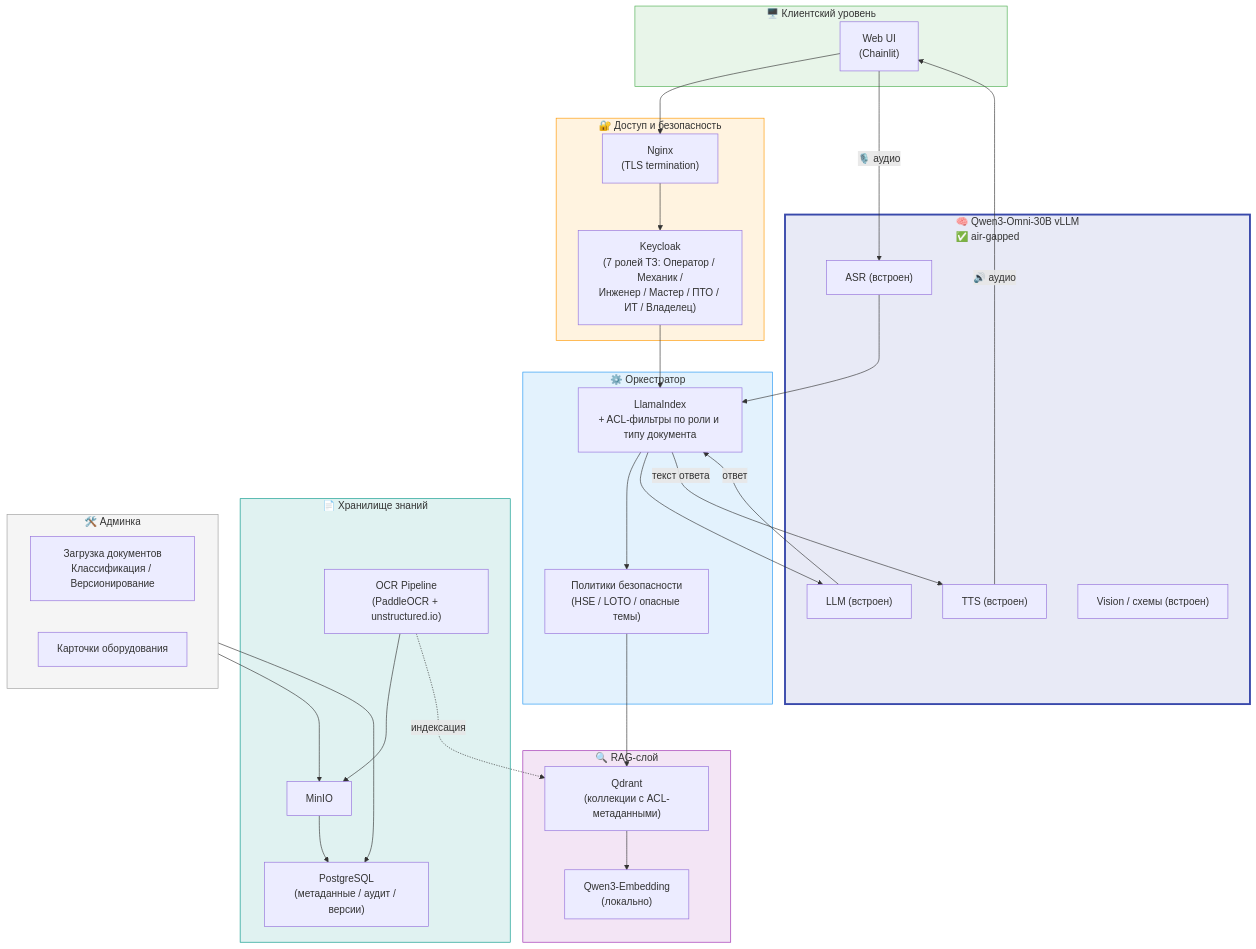
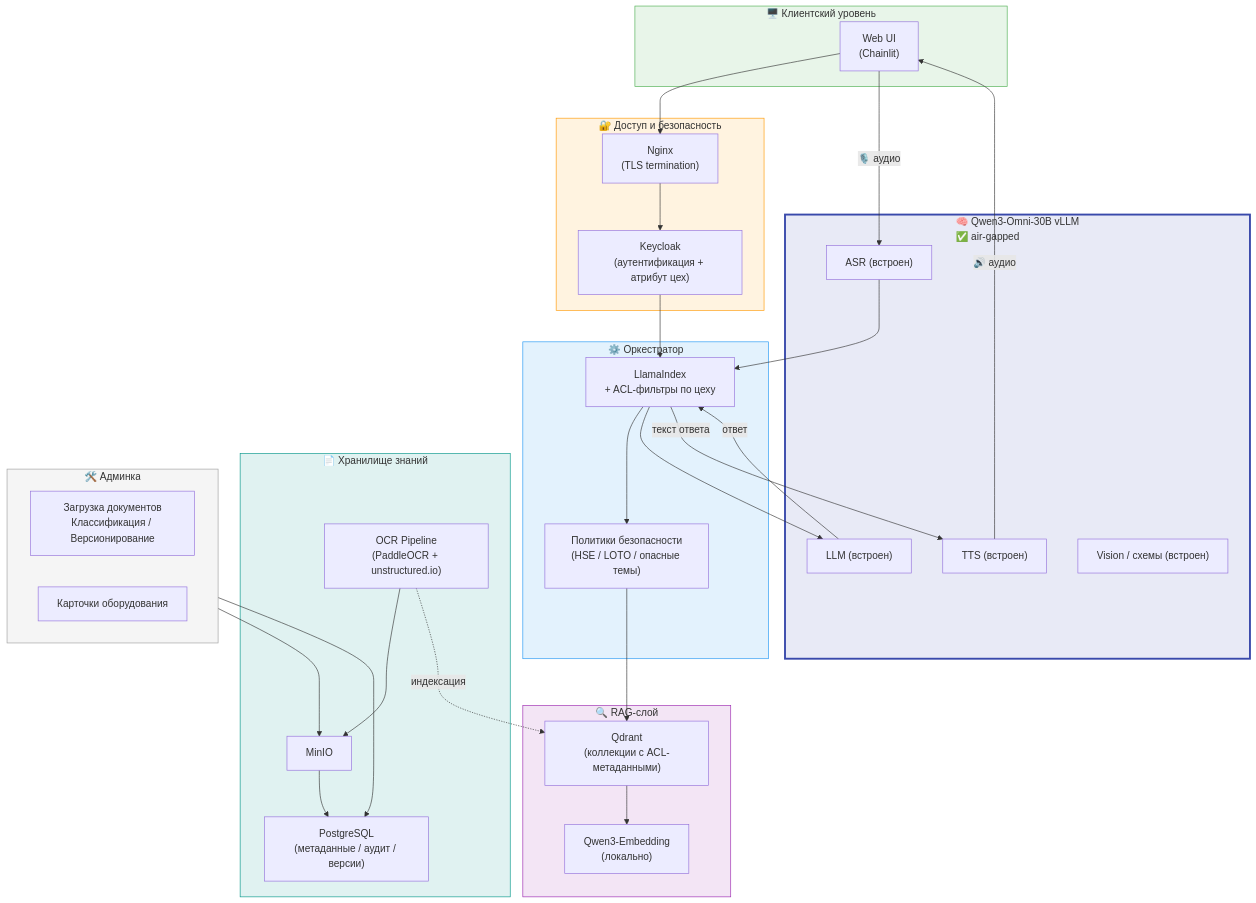
One commit to anatolyshipitsyn/gaz changed the fifth of 10 diagrams in review.md. Above: the diagram before and after it, drawn with Mermaid. The commit also changed other lines of this file, not shown here.

````diff
--- a/review.md
+++ b/review.md
@@ -319,57 +314,57 @@
 ```mermaid
 graph TB
     subgraph CLIENT["🖥️ Клиентский уровень"]
         WEB["Web UI\n(Chainlit)"]
     end
 
     subgraph GATEWAY["🔐 Доступ и безопасность"]
         PROXY["Nginx\n(TLS termination)"]
-        KC["Keycloak\n(7 ролей ТЗ: Оператор / Механик /\nИнженер / Мастер / ПТО / ИТ / Владелец)"]
+        KC["Keycloak\n(аутентификация + атрибут цех)"]
     end
 
     subgraph CORE["⚙️ Оркестратор"]
-        LL["LlamaIndex\n+ ACL-фильтры по роли и типу документа"]
+        LL["LlamaIndex\n+ ACL-фильтры по цеху"]
         POLICY["Политики безопасности\n(HSE / LOTO / опасные темы)"]
     end
 
     subgraph RAG["🔍 RAG-слой"]
         Q["Qdrant\n(коллекции с ACL-метаданными)"]
         E["Qwen3-Embedding\n(локально)"]
     end
 
     subgraph OMNI["🧠 Qwen3-Omni-30B vLLM\n✅ air-gapped"]
         ASR_C["ASR (встроен)"]
         LLM_C["LLM (встроен)"]
         TTS_C["TTS (встроен)"]
         VIS_C["Vision / схемы (встроен)"]
     end
 
     subgraph STORE["📄 Хранилище знаний"]
         OCR["OCR Pipeline\n(PaddleOCR + unstructured.io)"]
         MINIO["MinIO"]
         PG["PostgreSQL\n(метаданные / аудит / версии)"]
     end
 
     subgraph ADMIN["🛠️ Админка"]
         UPLOAD["Загрузка документов\nКлассификация / Версионирование"]
         CARDS["Карточки оборудования"]
     end
 
     WEB --> PROXY --> KC --> LL
     WEB -->|"🎙️ аудио"| ASR_C --> LL
     LL --> POLICY --> Q --> E
     LL --> LLM_C
     LLM_C -->|"ответ"| LL
     LL -->|"текст ответа"| TTS_C -->|"🔊 аудио"| WEB
     OCR --> MINIO --> PG
     OCR -.->|"индексация"| Q
     ADMIN --> MINIO & PG
 
     style CLIENT fill:#e8f5e9,stroke:#4caf50
     style GATEWAY fill:#fff3e0,stroke:#ff9800
     style CORE fill:#e3f2fd,stroke:#2196f3
     style RAG fill:#f3e5f5,stroke:#9c27b0
     style OMNI fill:#e8eaf6,stroke:#3949ab,stroke-width:3px
     style STORE fill:#e0f2f1,stroke:#009688
     style ADMIN fill:#f5f5f5,stroke:#9e9e9e
 ```
````
